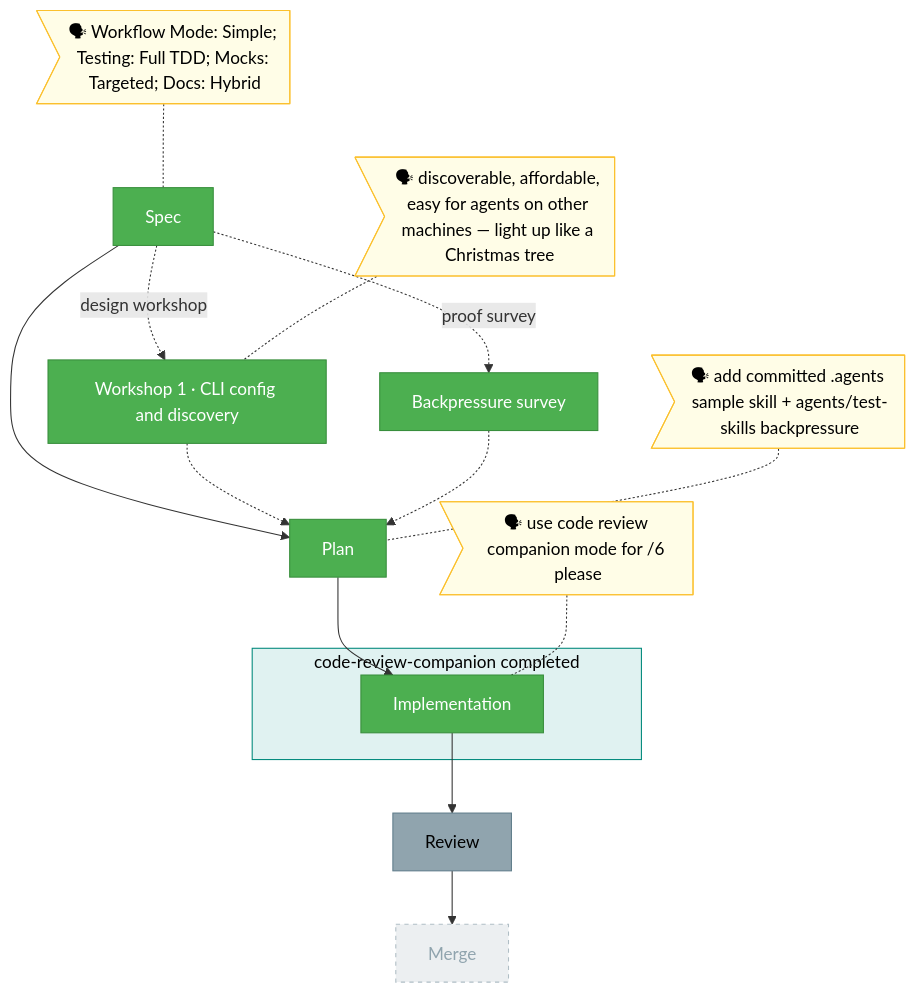
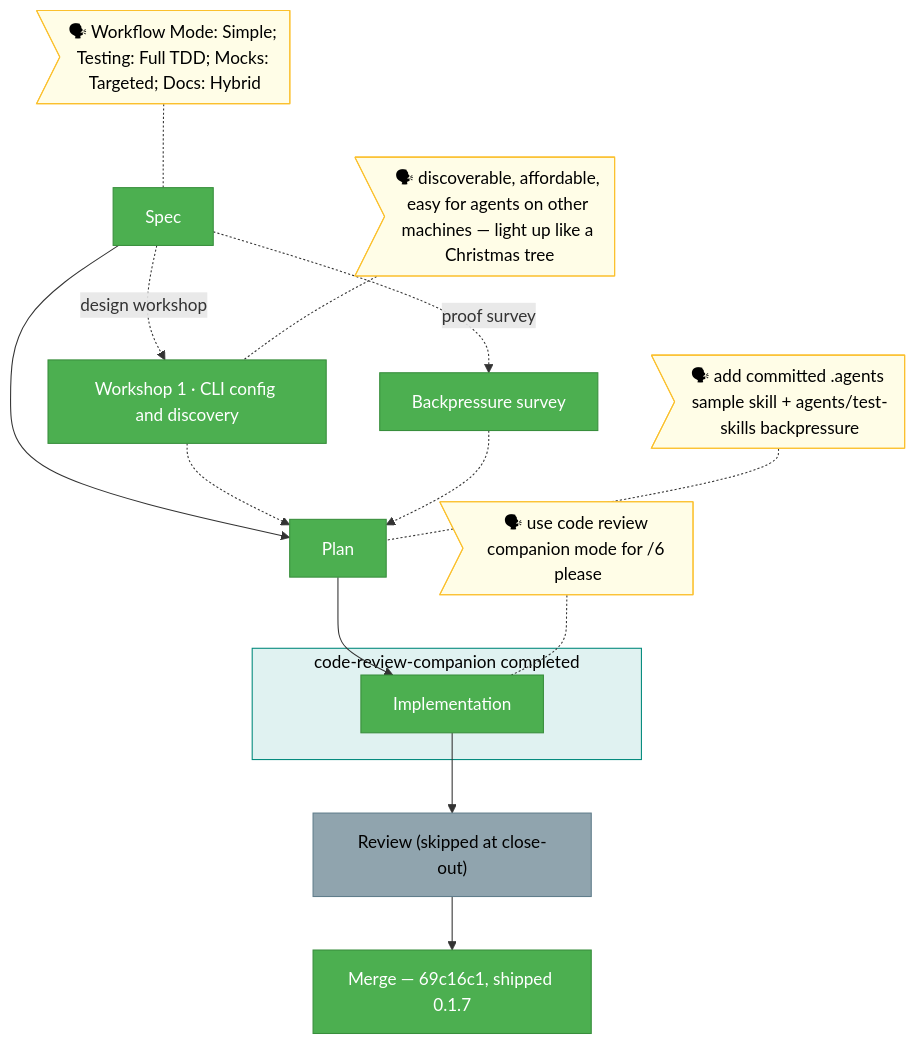
One commit to AI-Substrate/minih changed the diagram in docs/plans/022-minih-skills-config/the-flow.md. Above: the diagram before and after it, drawn with Mermaid. The commit also changed other lines of this file and 55 other files, not shown here.

````diff
--- a/docs/plans/022-minih-skills-config/the-flow.md
+++ b/docs/plans/022-minih-skills-config/the-flow.md
@@ -8,33 +8,33 @@
 ```mermaid
 flowchart TD
     classDef done    fill:#4CAF50,stroke:#388E3C,color:#fff
     classDef wip     fill:#FF9800,stroke:#F57C00,color:#000
     classDef blocked fill:#F44336,stroke:#D32F2F,color:#fff
     classDef known   fill:#90A4AE,stroke:#607D8B,color:#000
     classDef assumed fill:#ECEFF1,stroke:#B0BEC5,color:#90A4AE,stroke-dasharray:4 4
     classDef said    fill:#FFFDE7,stroke:#FBC02D,color:#000
     classDef companion fill:#E0F2F1,stroke:#00897B,color:#000
     classDef worker  fill:#E8EAF6,stroke:#3F51B5,color:#000
 
-    S["Spec"]:::done --> PL["Plan"]:::done --> I["Implementation"]:::done --> R["Review"]:::known --> M["Merge"]:::assumed
+    S["Spec"]:::done --> PL["Plan"]:::done --> I["Implementation"]:::done --> R["Review (skipped at close-out)"]:::known --> M["Merge — 69c16c1, shipped 0.1.7"]:::done
 
     S -.->|design workshop| W1["Workshop 1 · CLI config and discovery"]:::done
     W1 -.-> PL
 
     S -.->|proof survey| BP["Backpressure survey"]:::done
     BP -.-> PL
 
     subgraph CRC["code-review-companion completed"]
         I
     end
     style CRC fill:#E0F2F1,stroke:#00897B,color:#000
 
     US>"🗣 Workflow Mode: Simple; Testing: Full TDD; Mocks: Targeted; Docs: Hybrid"]:::said
     US -.- S
     UW>"🗣 discoverable, affordable, easy for agents on other machines — light up like a Christmas tree"]:::said
     UW -.- W1
     UC>"🗣 add committed .agents sample skill + agents/test-skills backpressure"]:::said
     UC -.- PL
     UM>"🗣 use code review companion mode for /6 please"]:::said
     UM -.- I
 ```
````
